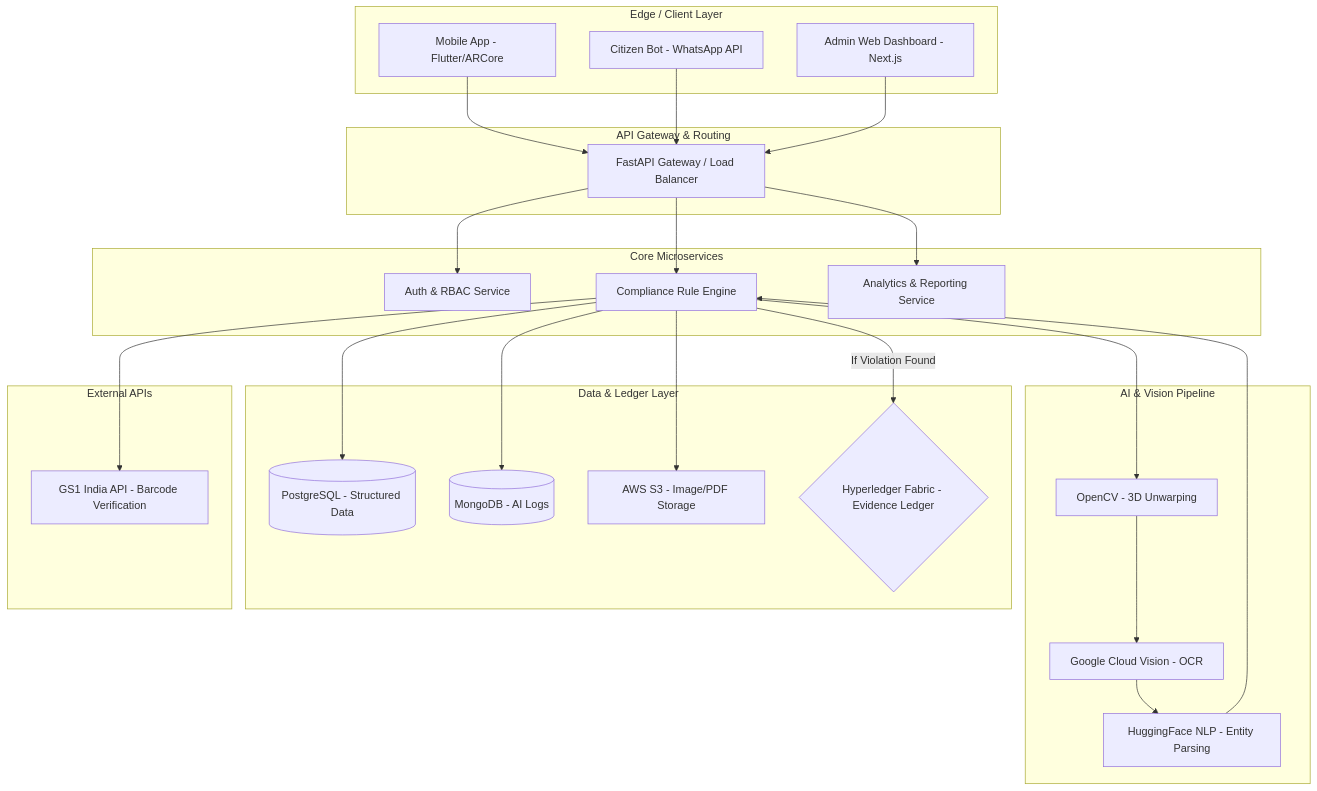
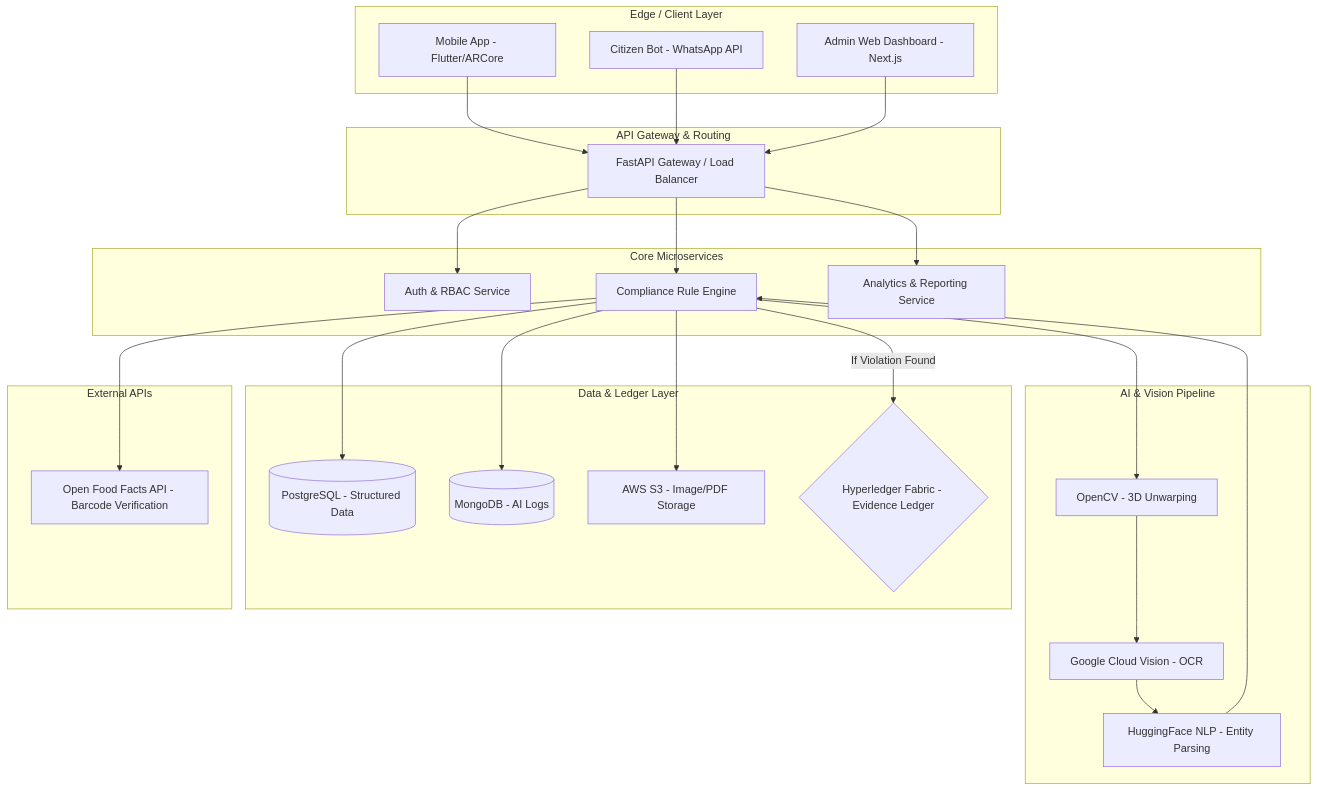
One commit to jitendrachoudhary1401-hue/Parakh changed the diagram in backend/tools/Project_PARAKH_Architecture.md. Above: the diagram before and after it, drawn with Mermaid. The commit also changed other lines of this file and 17 other files, not shown here.

Commit message:
docs: add comprehensive project documentation covering architecture, features, and tech stack for Project PARAKH

````diff
--- a/backend/tools/Project_PARAKH_Architecture.md
+++ b/backend/tools/Project_PARAKH_Architecture.md
@@ -17,55 +17,55 @@
 ```mermaid
 graph TD
     subgraph "Edge / Client Layer"
         A[Mobile App - Flutter/ARCore]
         B[Citizen Bot - WhatsApp API]
         C[Admin Web Dashboard - Next.js]
     end
 
     subgraph "API Gateway & Routing"
         D[FastAPI Gateway / Load Balancer]
     end
 
     subgraph "Core Microservices"
         E[Auth & RBAC Service]
         F[Compliance Rule Engine]
         G[Analytics & Reporting Service]
     end
 
     subgraph "AI & Vision Pipeline"
         H[OpenCV - 3D Unwarping]
         I[Google Cloud Vision - OCR]
         J[HuggingFace NLP - Entity Parsing]
     end
 
     subgraph "Data & Ledger Layer"
         K[(PostgreSQL - Structured Data)]
         L[(MongoDB - AI Logs)]
         M[AWS S3 - Image/PDF Storage]
         N{Hyperledger Fabric - Evidence Ledger}
     end
 
     subgraph "External APIs"
-        O[GS1 India API - Barcode Verification]
+        O[Open Food Facts API - Barcode Verification]
     end
 
     A --> D
     B --> D
     C --> D
     
     D --> E
     D --> F
     D --> G
     
     F --> H
     H --> I
     I --> J
     J --> F
     
     F --> O
     F --> K
     F --> L
     F --> M
     
     F -- "If Violation Found" --> N
 ```
````
